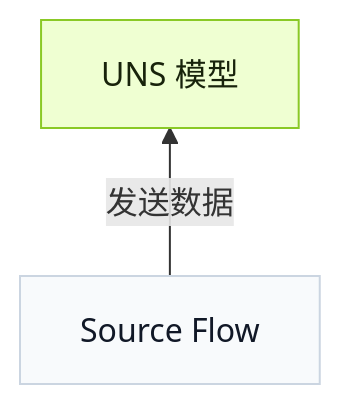
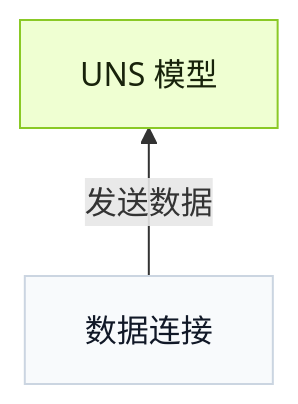
One commit to FREEZONEX/Tier0-docs-site changed the diagram in src/content/docs/zh-cn/using-tier0/connect-data.mdx. Above: the diagram before and after it, drawn with Mermaid. The commit also changed other lines of this file and 93 other files, not shown here.

````diff
--- a/src/content/docs/zh-cn/using-tier0/connect-data.mdx
+++ b/src/content/docs/zh-cn/using-tier0/connect-data.mdx
@@ -12,12 +12,12 @@
 ```mermaid
 flowchart BT
   uns["UNS 模型"]
-  flow["Source Flow"]
+  flow["数据连接"]
 
   flow -->|"发送数据"| uns
 
   classDef t0accent fill:#EFFFD2,stroke:#8AC926,stroke-width:1px,color:#18230B
   classDef t0node fill:#F8FAFC,stroke:#CBD5E1,stroke-width:1px,color:#111827
   class uns t0accent
   class flow t0node
 ```
````
